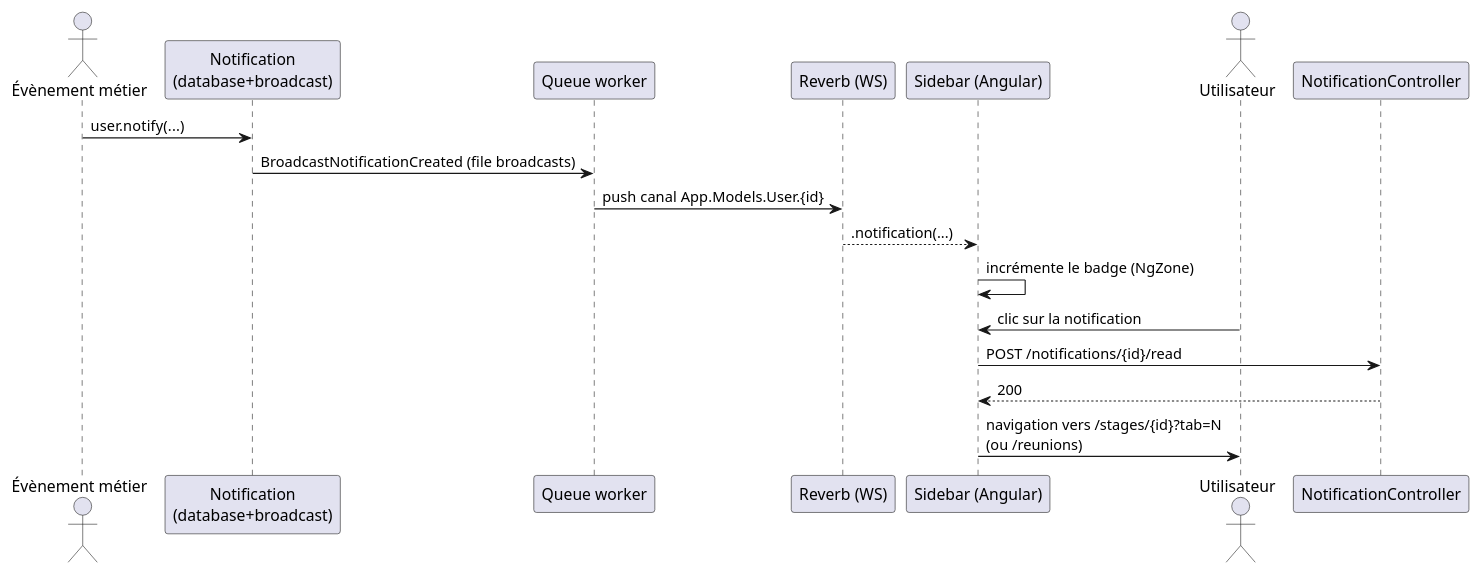
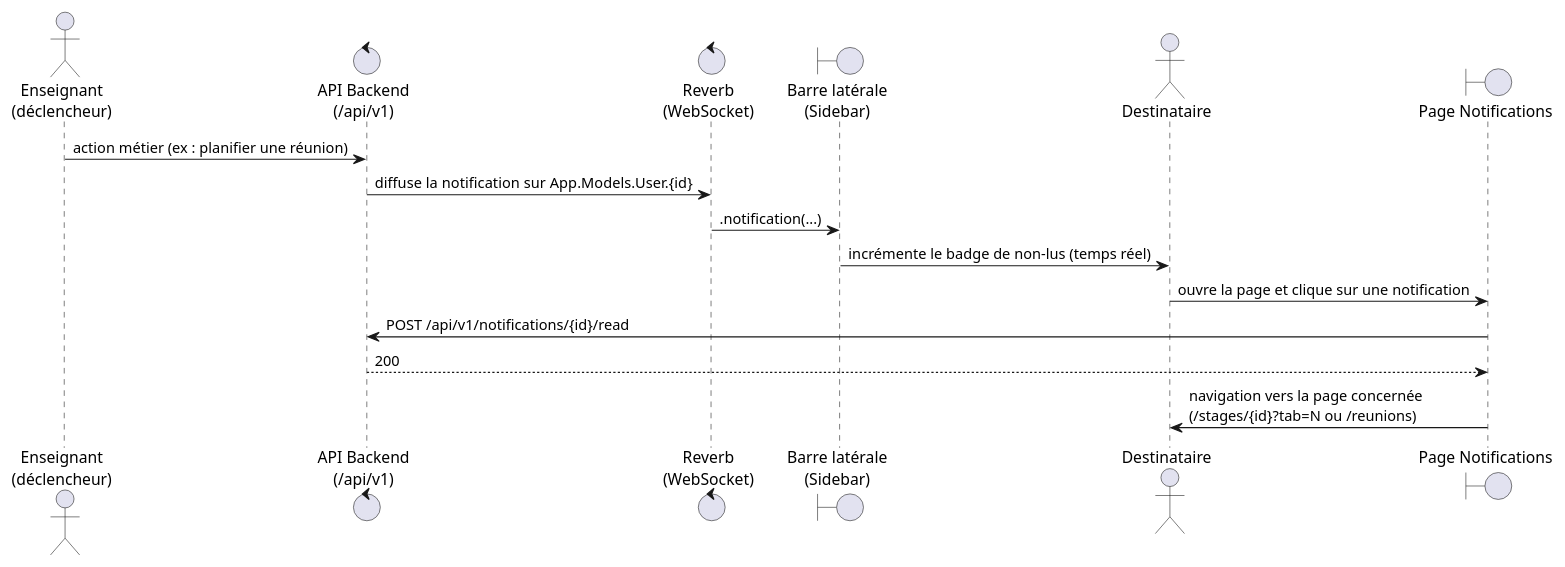
The fifth of 5 diagrams in SPRINT_3_Dashboarding_Messagerie_Notifications_UIUX.md (CyberCodeCracker/pfa), drawn with PlantUML before and after one commit. The commit also changed other lines of this file and 8 other files, not shown here.

````diff
--- a/SPRINT_3_Dashboarding_Messagerie_Notifications_UIUX.md
+++ b/SPRINT_3_Dashboarding_Messagerie_Notifications_UIUX.md
@@ -284,21 +283,20 @@
 ```plantuml
 @startuml SEQ_Sprint3_Notification
-actor "Évènement métier" as Biz
-participant "Notification\n(database+broadcast)" as Notif
-participant "Queue worker" as Q
-participant "Reverb (WS)" as WS
-participant "Sidebar (Angular)" as Side
-actor "Utilisateur" as U
-participant "NotificationController" as Ctrl
+actor "Enseignant\n(déclencheur)" as Ens
+control "API Backend\n(/api/v1)" as API
+control "Reverb\n(WebSocket)" as WS
+boundary "Barre latérale\n(Sidebar)" as Side
+actor "Destinataire" as U
+boundary "Page Notifications" as NotifPage
 
-Biz -> Notif : user.notify(...)
-Notif -> Q : BroadcastNotificationCreated (file broadcasts)
-Q -> WS : push canal App.Models.User.{id}
-WS --> Side : .notification(...)
-Side -> Side : incrémente le badge (NgZone)
-U -> Side : clic sur la notification
-Side -> Ctrl : POST /notifications/{id}/read
-Ctrl --> Side : 200
-Side -> U : navigation vers /stages/{id}?tab=N\n(ou /reunions)
+Ens -> API : action métier (ex : planifier une réunion)
+API -> WS : diffuse la notification sur App.Models.User.{id}
+WS -> Side : .notification(...)
+Side -> U : incrémente le badge de non-lus (temps réel)
+
+U -> NotifPage : ouvre la page et clique sur une notification
+NotifPage -> API : POST /api/v1/notifications/{id}/read
+API --> NotifPage : 200
+NotifPage -> U : navigation vers la page concernée\n(/stages/{id}?tab=N ou /reunions)
 @enduml
 ```
````
